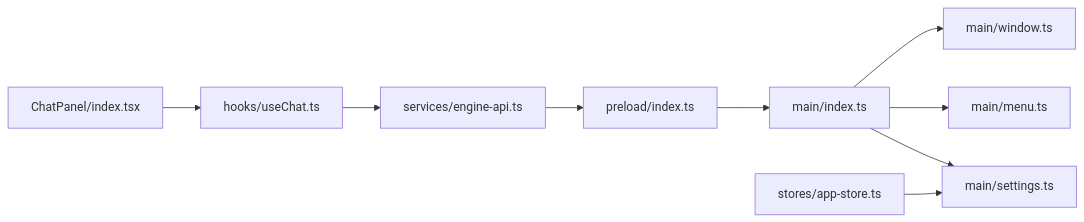
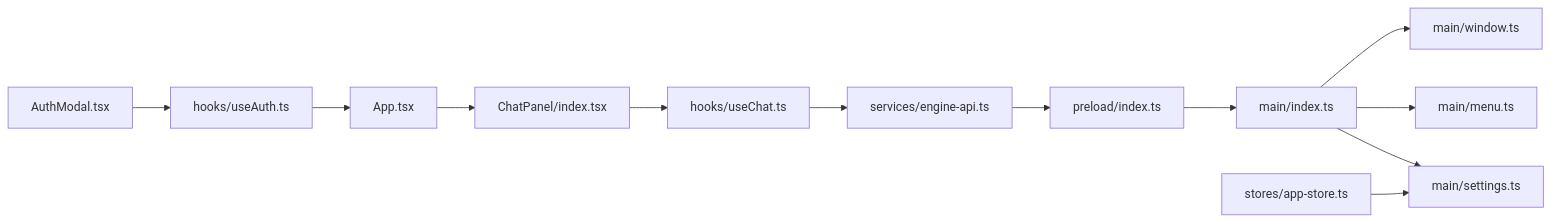
One commit to kkutysllb/KCoder changed the fifth of 5 diagrams in .qoder/repowiki/zh/content/用户指南/用户指南.md. Above: the diagram before and after it, drawn with Mermaid. The commit also changed other lines of this file and 141 other files, not shown here.

````diff
--- a/.qoder/repowiki/zh/content/用户指南/用户指南.md
+++ b/.qoder/repowiki/zh/content/用户指南/用户指南.md
@@ -277,11 +379,14 @@
 ```mermaid
 graph LR
-ChatPanel["ChatPanel/index.tsx"] --> UseChat["hooks/useChat.ts"]
+AuthModal["AuthModal.tsx"] --> UseAuth["hooks/useAuth.ts"]
+UseAuth --> App["App.tsx"]
+App --> ChatPanel["ChatPanel/index.tsx"]
+ChatPanel --> UseChat["hooks/useChat.ts"]
 UseChat --> EngineApi["services/engine-api.ts"]
 EngineApi --> Preload["preload/index.ts"]
 Preload --> MainIndex["main/index.ts"]
 MainIndex --> Window["main/window.ts"]
 MainIndex --> Menu["main/menu.ts"]
 MainIndex --> Settings["main/settings.ts"]
 AppStore["stores/app-store.ts"] --> Settings
 ```
````
